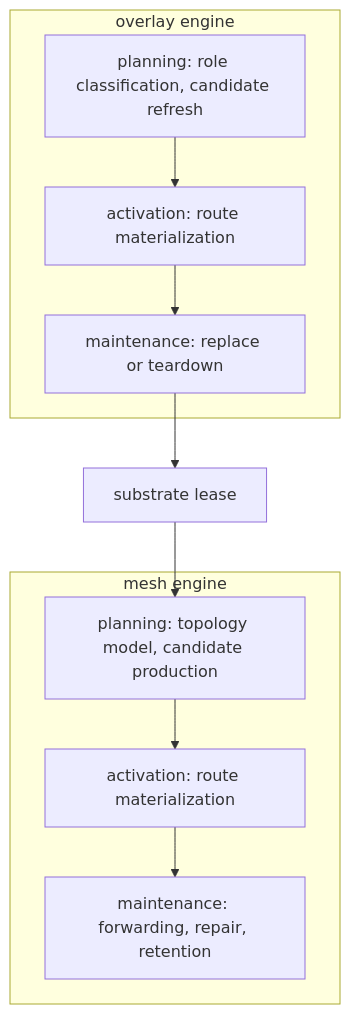
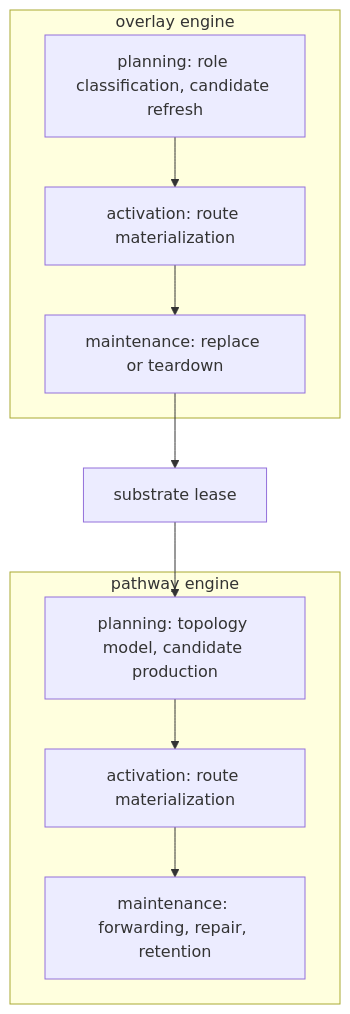
One commit to hxrts/jacquard changed the second of 2 diagrams in docs/204_route_lifecycle.md. Above: the diagram before and after it, drawn with Mermaid. The commit also changed other lines of this file and 55 other files, not shown here.

Commit message:
Finalize async bridge architecture cleanup

````diff
--- a/docs/204_route_lifecycle.md
+++ b/docs/204_route_lifecycle.md
@@ -74,22 +74,22 @@
 ```mermaid
 graph TD
     subgraph overlay["overlay engine"]
         o_plan["planning: role classification, candidate refresh"]
         o_activate["activation: route materialization"]
         o_maintain["maintenance: replace or teardown"]
 
         o_plan --> o_activate --> o_maintain
     end
 
     substrate["substrate lease"]
 
-    subgraph mesh["mesh engine"]
+    subgraph pathway["pathway engine"]
         m_plan["planning: topology model, candidate production"]
         m_activate["activation: route materialization"]
         m_maintain["maintenance: forwarding, repair, retention"]
 
         m_plan --> m_activate --> m_maintain
     end
 
     o_maintain --> substrate --> m_plan
 ```
````
